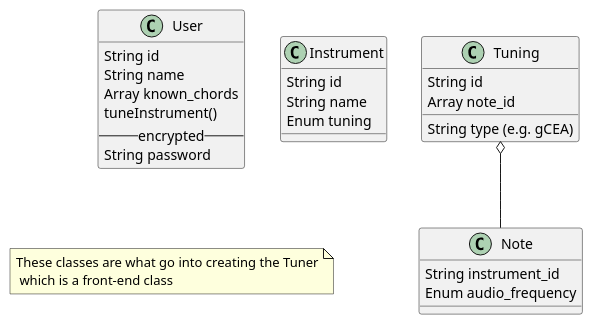
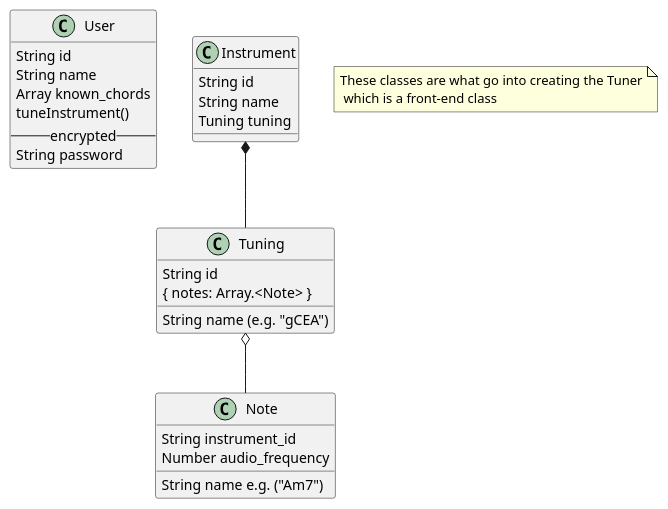
The diagram in uke-box-v1.wsd (sareg0/uke-box), drawn with PlantUML before and after one commit. The commit also changed other lines of this file, not shown here.

Commit message:
Adjust UML Doc to use a Tuning type inInstrument

```diff
--- a/uke-box-v1.wsd
+++ b/uke-box-v1.wsd
@@ -4,33 +1,35 @@
 @startuml
 
 class User {
   String id
   String name
   Array known_chords
   tuneInstrument()
   --encrypted--
   String password
 }
 
 class Instrument {
   String id
   String name
-  Enum tuning
+  Tuning tuning
 }
 
 class Note {
   String instrument_id
-  Enum audio_frequency
+  Number audio_frequency
+  String name e.g. ("Am7")
 }
 
 class Tuning {
   String id
-  Array note_id
-  String type (e.g. gCEA)
+  { notes: Array.<Note> }
+  String name (e.g. "gCEA")
 }
 
 Tuning o-- Note
+Instrument *-- Tuning
 
 note "These classes are what go into creating the Tuner\n which is a front-end class" as N1
 
 @enduml
```
